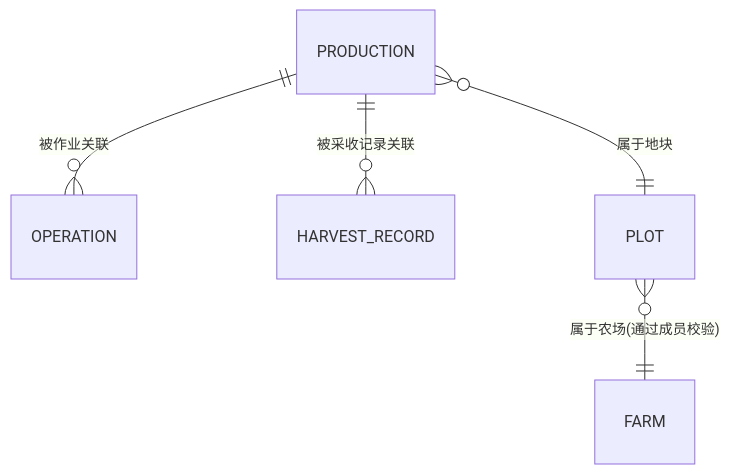
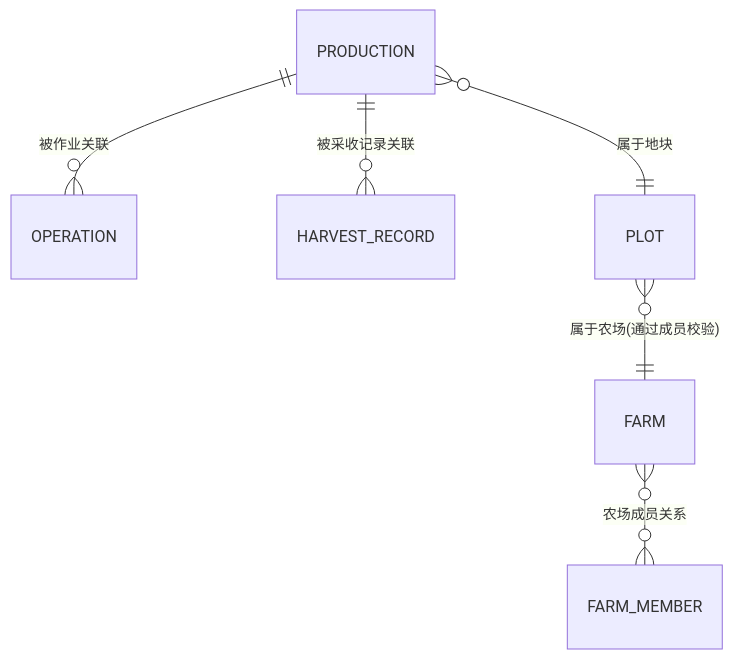
One commit to wungjyan/pocket-farm changed the seventh of 8 diagrams in .qoder/repowiki/zh/content/前端应用/生产跟踪模块.md. Above: the diagram before and after it, drawn with Mermaid. The commit also changed other lines of this file and 198 other files, not shown here.

````diff
--- a/.qoder/repowiki/zh/content/前端应用/生产跟踪模块.md
+++ b/.qoder/repowiki/zh/content/前端应用/生产跟踪模块.md
@@ -325,7 +370,8 @@
 ```mermaid
 erDiagram
 PRODUCTION ||--o{ OPERATION : "被作业关联"
 PRODUCTION ||--o{ HARVEST_RECORD : "被采收记录关联"
 PRODUCTION }o--|| PLOT : "属于地块"
 PLOT }o--|| FARM : "属于农场(通过成员校验)"
+FARM }o--o{ FARM_MEMBER : "农场成员关系"
 ```
````
